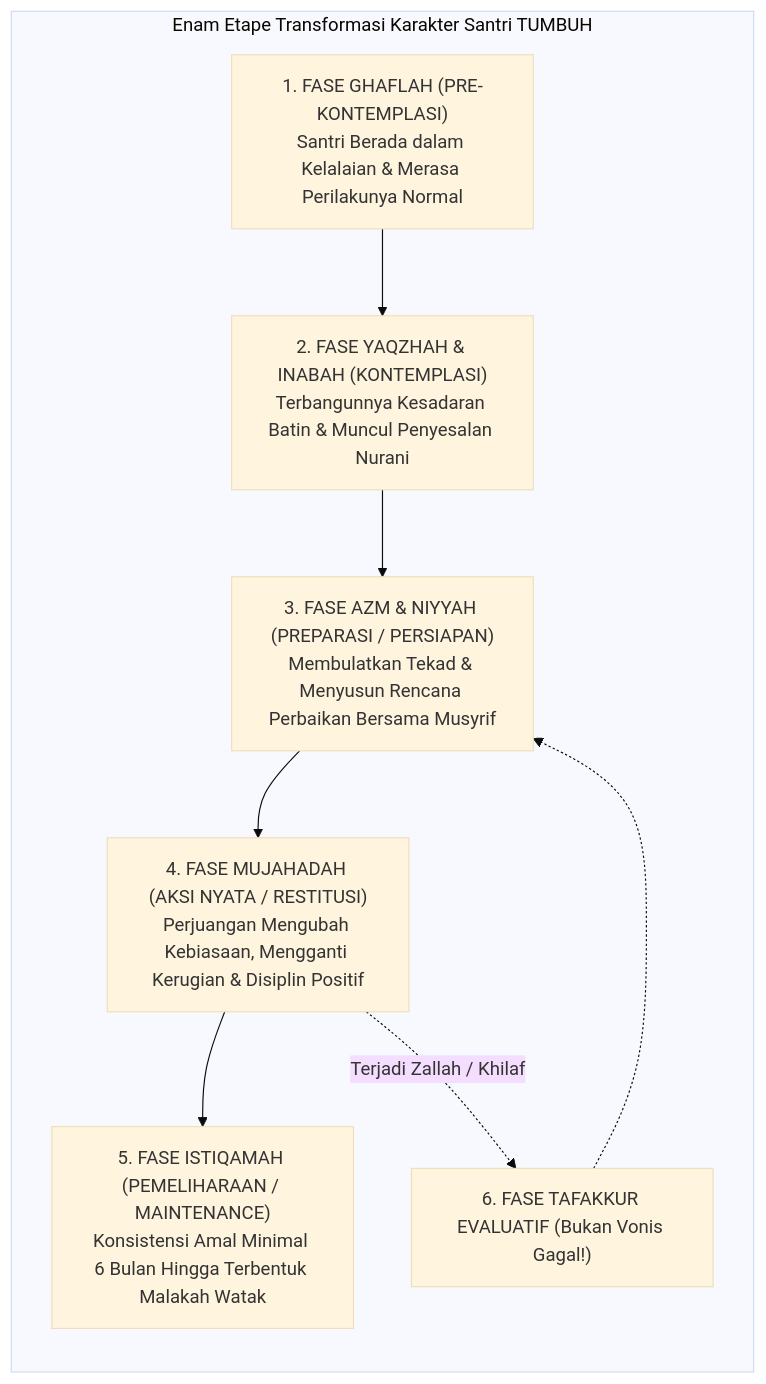
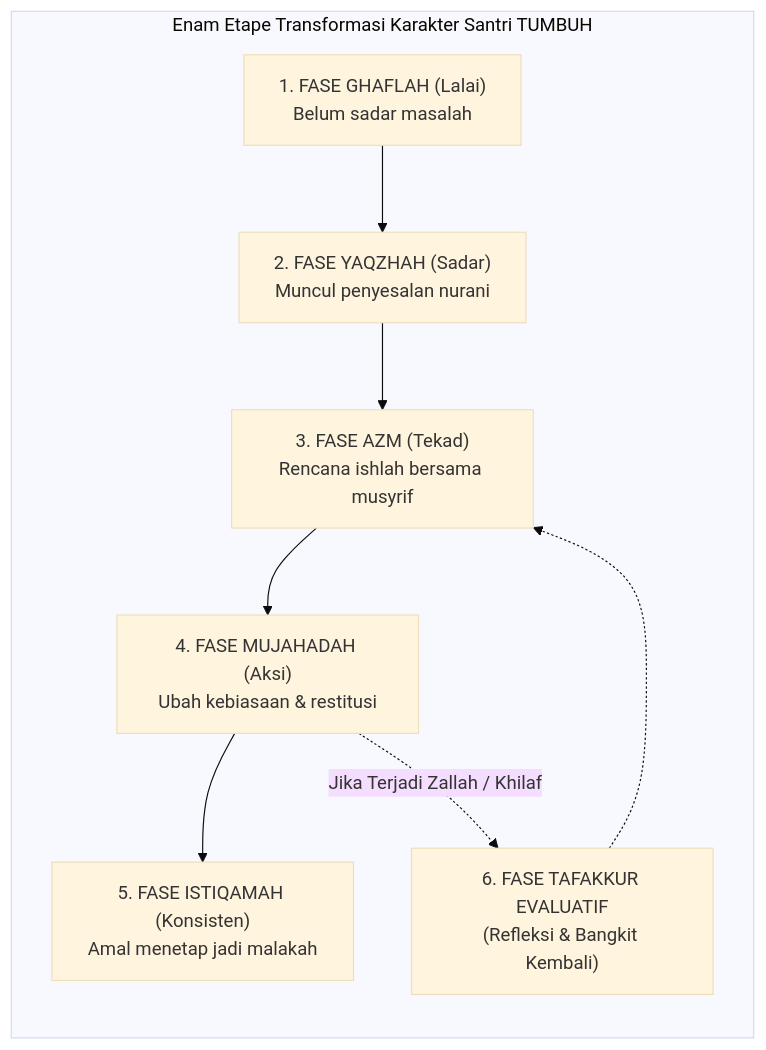
One commit to wandiapriliyandi/tumbuh changed the second of 5 diagrams in BOOK Series 1/01-The-Fundamental-of-TUMBUH/Bab-07-Teori-Perubahan-Perilaku-Berkelanjutan.md. Above: the diagram before and after it, drawn with Mermaid (base theme). The commit also changed other lines of this file and 35 other files, not shown here.

Commit message:
fix(book-01): optimasi keterbacaan diagram mermaid pada seluruh bab dan perbarui 20 file PDF

````diff
--- a/BOOK Series 1/01-The-Fundamental-of-TUMBUH/Bab-07-Teori-Perubahan-Perilaku-Berkelanjutan.md
+++ b/BOOK Series 1/01-The-Fundamental-of-TUMBUH/Bab-07-Teori-Perubahan-Perilaku-Berkelanjutan.md
@@ -70,15 +70,15 @@
 ```mermaid
 graph TD
     subgraph TAHAPAN_PERUBAHAN_TUMBUH["Enam Etape Transformasi Karakter Santri TUMBUH"]
         direction TB
-        S1["1. FASE GHAFLAH (PRE-KONTEMPLASI)<br/>Santri Berada dalam Kelalaian & Merasa Perilakunya Normal"]
-        S2["2. FASE YAQZHAH & INABAH (KONTEMPLASI)<br/>Terbangunnya Kesadaran Batin & Muncul Penyesalan Nurani"]
-        S3["3. FASE AZM & NIYYAH (PREPARASI / PERSIAPAN)<br/>Membulatkan Tekad & Menyusun Rencana Perbaikan Bersama Musyrif"]
-        S4["4. FASE MUJAHADAH (AKSI NYATA / RESTITUSI)<br/>Perjuangan Mengubah Kebiasaan, Mengganti Kerugian & Disiplin Positif"]
-        S5["5. FASE ISTIQAMAH (PEMELIHARAAN / MAINTENANCE)<br/>Konsistensi Amal Minimal 6 Bulan Hingga Terbentuk Malakah Watak"]
+        S1["1. FASE GHAFLAH (Lalai)<br/>Belum sadar masalah"]
+        S2["2. FASE YAQZHAH (Sadar)<br/>Muncul penyesalan nurani"]
+        S3["3. FASE AZM (Tekad)<br/>Rencana ishlah bersama musyrif"]
+        S4["4. FASE MUJAHADAH (Aksi)<br/>Ubah kebiasaan & restitusi"]
+        S5["5. FASE ISTIQAMAH (Konsisten)<br/>Amal menetap jadi malakah"]
         
         S1 --> S2 --> S3 --> S4 --> S5
-        S4 -.->|Terjadi Zallah / Khilaf| R["6. FASE TAFAKKUR EVALUATIF (Bukan Vonis Gagal!)"]
+        S4 -.->|Jika Terjadi Zallah / Khilaf| R["6. FASE TAFAKKUR EVALUATIF<br/>(Refleksi & Bangkit Kembali)"]
         R -.-> S3
     end
 ```
````
